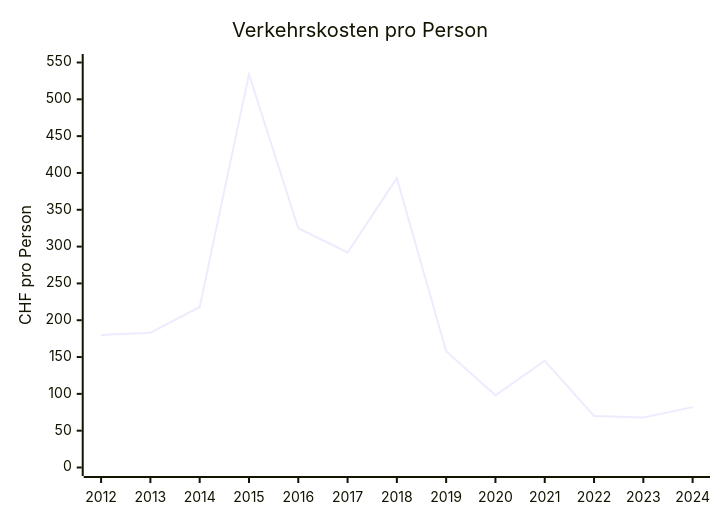
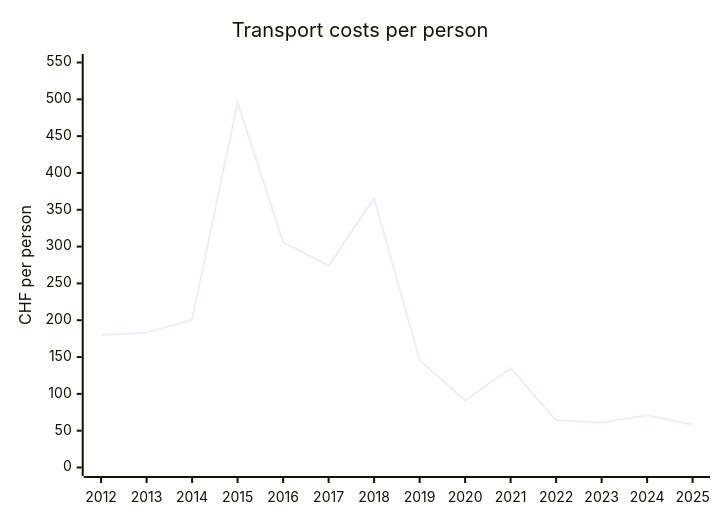
One commit to risajef/risajef.github.io changed the seventh of 8 diagrams in docs/politik/finanzen-beringen.en.md. Above: the diagram before and after it, drawn with Mermaid. The commit also changed other lines of this file and 1 other file, not shown here.

````diff
--- a/docs/politik/finanzen-beringen.en.md
+++ b/docs/politik/finanzen-beringen.en.md
@@ -118,7 +118,7 @@
 ```mermaid
 xychart
-title "Verkehrskosten pro Person"
-x-axis [2012, 2013, 2014, 2015, 2016, 2017, 2018, 2019, 2020, 2021, 2022, 2023, 2024]
-y-axis "CHF pro Person" 0 --> 550
-line [180, 183, 218, 534, 325, 292, 393, 158, 98, 145, 70, 68, 82]
+title "Transport costs per person"
+x-axis [2012, 2013, 2014, 2015, 2016, 2017, 2018, 2019, 2020, 2021, 2022, 2023, 2024, 2025]
+y-axis "CHF per person" 0 --> 550
+line [180, 183, 201, 496, 306, 274, 366, 146, 91, 135, 64, 61, 71, 58]
 ```
````
